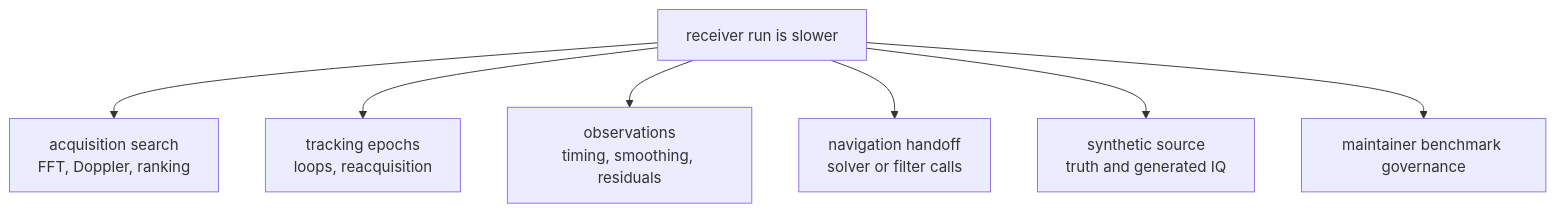
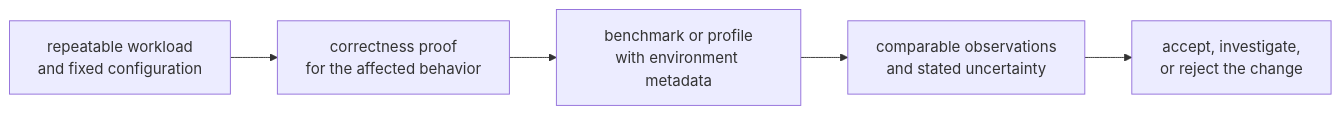
One commit to bijux/bijux-telecom changed the first of 2 diagrams in docs/05-bijux-gnss-receiver/operations/performance-and-profiling.md. Above: the diagram before and after it, drawn with Mermaid. The commit also changed other lines of this file, not shown here.

Commit message:
docs(receiver): define performance evidence workflow

````diff
--- a/docs/05-bijux-gnss-receiver/operations/performance-and-profiling.md
+++ b/docs/05-bijux-gnss-receiver/operations/performance-and-profiling.md
@@ -22,17 +23,13 @@
 ```mermaid
-flowchart TD
-    slow["receiver run is slower"]
-    acq["acquisition search<br/>FFT, Doppler, ranking"]
-    track["tracking epochs<br/>loops, reacquisition"]
-    obs["observations<br/>timing, smoothing, residuals"]
-    nav["navigation handoff<br/>solver or filter calls"]
-    sim["synthetic source<br/>truth and generated IQ"]
-    dev["maintainer benchmark governance"]
+flowchart LR
+    workload["repeatable workload<br/>and fixed configuration"]
+    correctness["correctness proof<br/>for the affected behavior"]
+    measure["benchmark or profile<br/>with environment metadata"]
+    compare["comparable observations<br/>and stated uncertainty"]
+    decision["accept, investigate,<br/>or reject the change"]
 
-    slow --> acq
-    slow --> track
-    slow --> obs
-    slow --> nav
-    slow --> sim
-    slow --> dev
+    workload --> correctness
+    correctness --> measure
+    measure --> compare
+    compare --> decision
 ```
````
